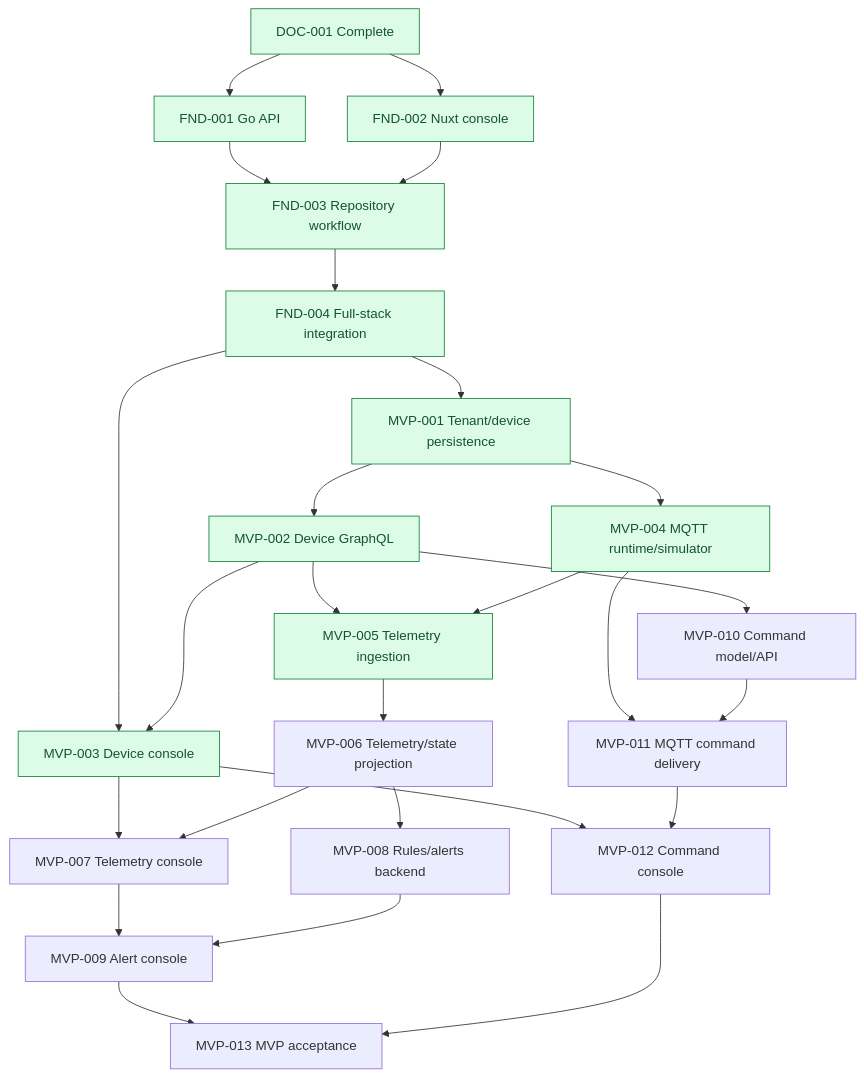
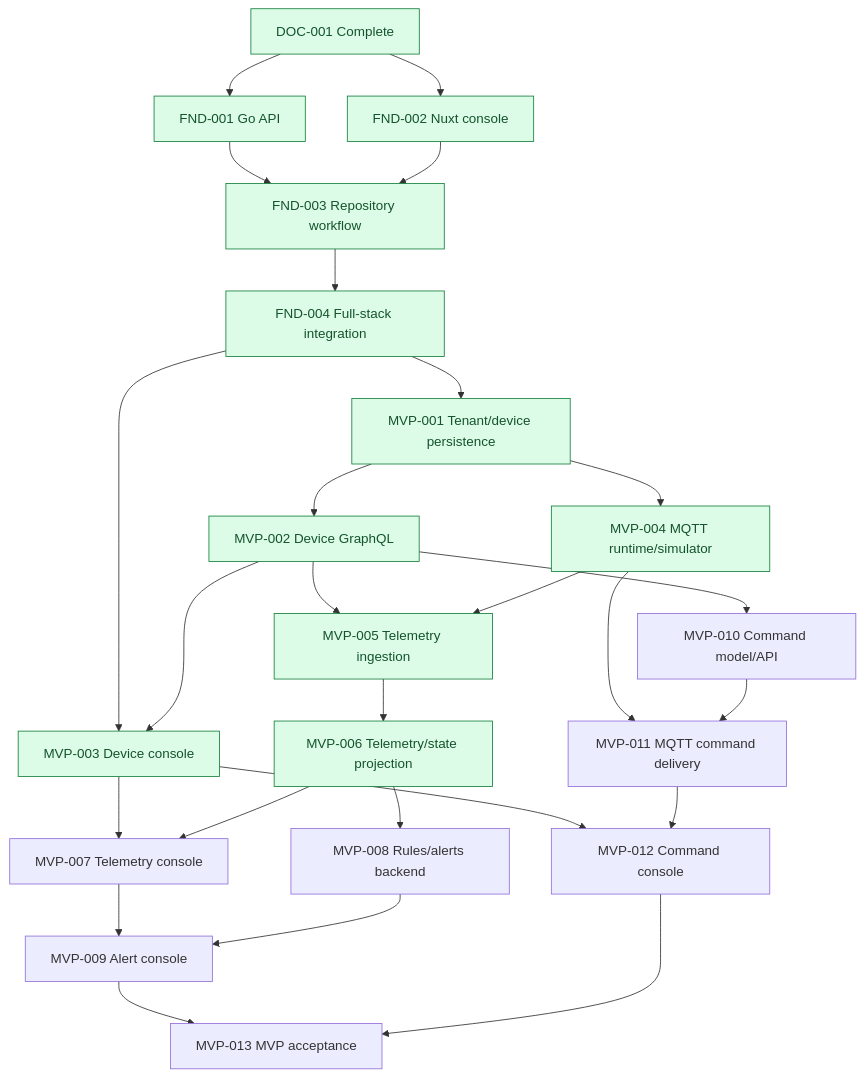
One commit to methat-ruk/pulsegrid changed the second of 2 diagrams in docs/roadmap/roadmap.md. Above: the diagram before and after it, drawn with Mermaid. The commit also changed other lines of this file and 25 other files, not shown here.

````diff
--- a/docs/roadmap/roadmap.md
+++ b/docs/roadmap/roadmap.md
@@ -49,46 +49,47 @@
 ```mermaid
 flowchart TD
     DOC001[DOC-001 Complete] --> FND001[FND-001 Go API]
     DOC001 --> FND002[FND-002 Nuxt console]
     FND001 --> FND003[FND-003 Repository workflow]
     FND002 --> FND003
     FND003 --> FND004[FND-004 Full-stack integration]
 
     FND004 --> MVP001[MVP-001 Tenant/device persistence]
     MVP001 --> MVP002[MVP-002 Device GraphQL]
     FND004 --> MVP003[MVP-003 Device console]
     MVP002 --> MVP003
 
     MVP001 --> MVP004[MVP-004 MQTT runtime/simulator]
     MVP002 --> MVP005[MVP-005 Telemetry ingestion]
     MVP004 --> MVP005
     MVP005 --> MVP006[MVP-006 Telemetry/state projection]
     MVP003 --> MVP007[MVP-007 Telemetry console]
     MVP006 --> MVP007
 
     MVP006 --> MVP008[MVP-008 Rules/alerts backend]
     MVP007 --> MVP009[MVP-009 Alert console]
     MVP008 --> MVP009
 
     MVP002 --> MVP010[MVP-010 Command model/API]
     MVP004 --> MVP011[MVP-011 MQTT command delivery]
     MVP010 --> MVP011
     MVP003 --> MVP012[MVP-012 Command console]
     MVP011 --> MVP012
 
     MVP009 --> MVP013[MVP-013 MVP acceptance]
     MVP012 --> MVP013
 
     classDef complete fill:#DCFCE7,stroke:#15803D,color:#14532D;
     classDef progress fill:#FEF3C7,stroke:#B45309,color:#78350F;
     class DOC001 complete;
     class FND001 complete;
     class FND002 complete;
     class FND003 complete;
     class FND004 complete;
     class MVP001 complete;
     class MVP002 complete;
     class MVP003 complete;
     class MVP004 complete;
     class MVP005 complete;
+    class MVP006 complete;
 ```
````
